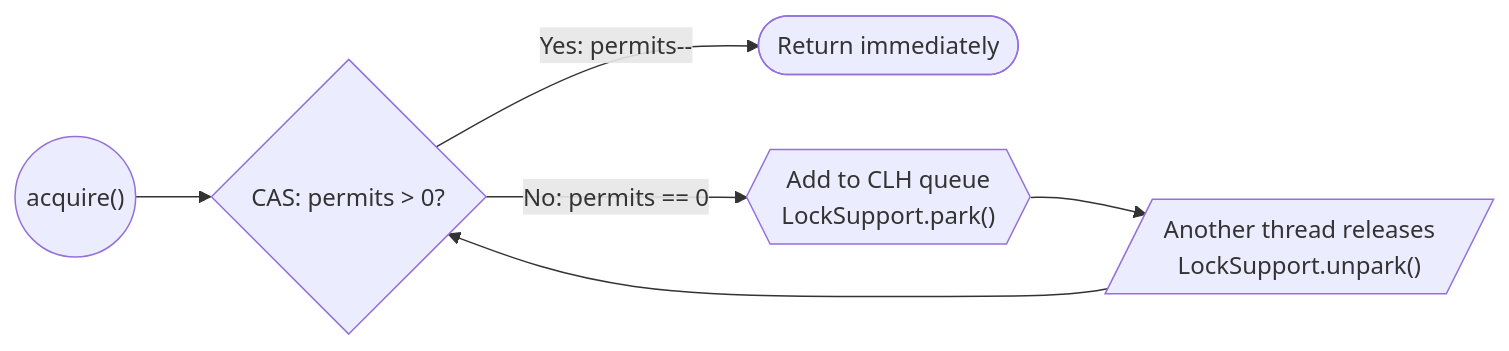
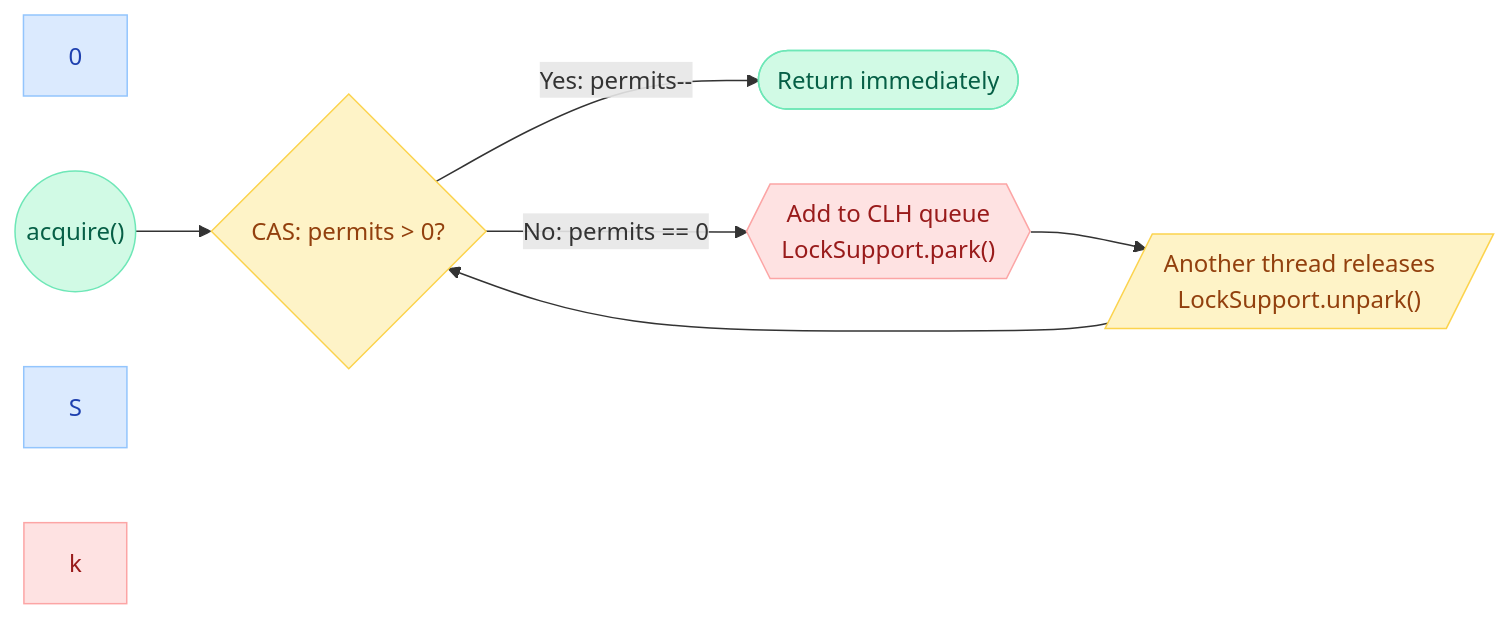
One commit to saivamsikaruturi/vamsilabs-dev-notes-main changed the second of 4 diagrams in docs/java/ConcurrencyPatterns.md. Above: the diagram before and after it, drawn with Mermaid. The commit also changed other lines of this file and 220 other files, not shown here.

First line of the commit message:
Add 50+ new Java/Spring Boot pages, rewrite CSS code blocks to Oracle style, fix all diagram colors

````diff
--- a/docs/java/ConcurrencyPatterns.md
+++ b/docs/java/ConcurrencyPatterns.md
@@ -466,8 +473,17 @@
 ```mermaid
 flowchart LR
     ACQ(("acquire()")) --> CAS{"CAS: permits > 0?"}
     CAS -->|Yes: permits--| SUCCESS(["Return immediately"])
     CAS -->|No: permits == 0| PARK{{"Add to CLH queue<br/>LockSupport.park()"}}
     PARK --> WAKEUP[/"Another thread releases<br/>LockSupport.unpark()"/]
     WAKEUP --> CAS
+
+    style 0 fill:#DBEAFE,stroke:#93C5FD,color:#1E40AF
+    style ACQ fill:#D1FAE5,stroke:#6EE7B7,color:#065F46
+    style CAS fill:#FEF3C7,stroke:#FCD34D,color:#92400E
+    style PARK fill:#FEE2E2,stroke:#FCA5A5,color:#991B1B
+    style S fill:#DBEAFE,stroke:#93C5FD,color:#1E40AF
+    style SUCCESS fill:#D1FAE5,stroke:#6EE7B7,color:#065F46
+    style WAKEUP fill:#FEF3C7,stroke:#FCD34D,color:#92400E
+    style k fill:#FEE2E2,stroke:#FCA5A5,color:#991B1B
 ```
````
